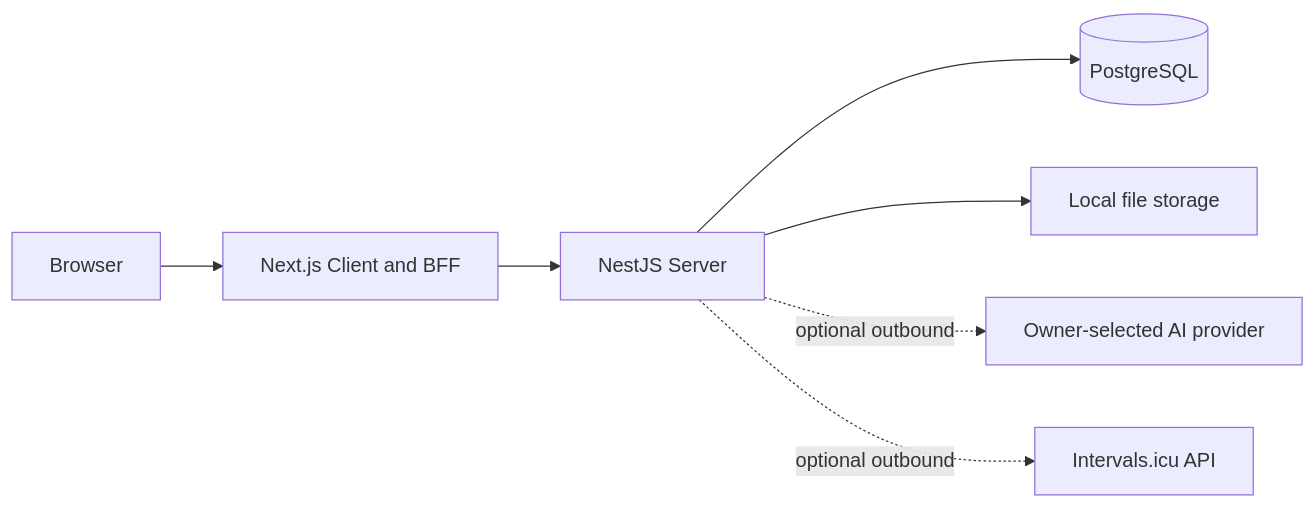
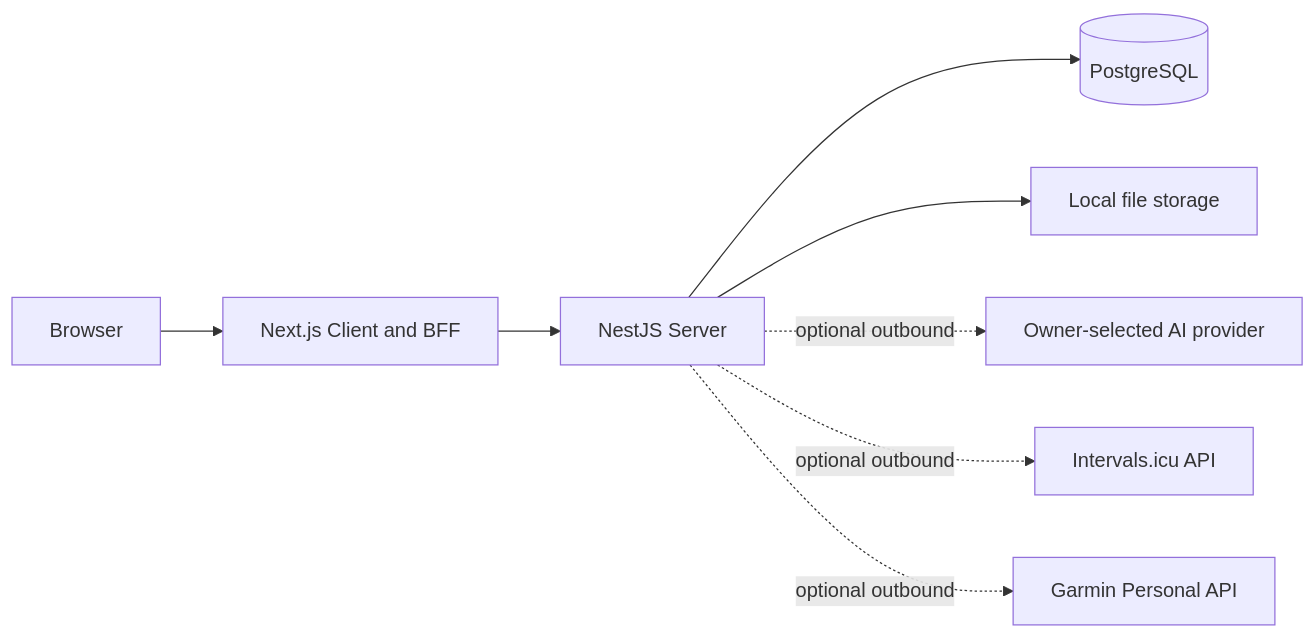
The diagram in README.md (trainingload-ai/trainingloadai), drawn with Mermaid before and after one commit. The commit also changed other lines of this file and 1 other file, not shown here.

First line of the commit message:
docs(readme): align Self-host boundaries with Garmin Personal API

````diff
--- a/README.md
+++ b/README.md
@@ -86,9 +86,10 @@
 ```mermaid
 flowchart LR
     Browser[Browser] --> Client[Next.js Client and BFF]
     Client --> Server[NestJS Server]
     Server --> Database[(PostgreSQL)]
     Server --> Files[Local file storage]
     Server -. optional outbound .-> AI[Owner-selected AI provider]
     Server -. optional outbound .-> Intervals[Intervals.icu API]
+    Server -. optional outbound .-> Garmin[Garmin Personal API]
 ```
````
